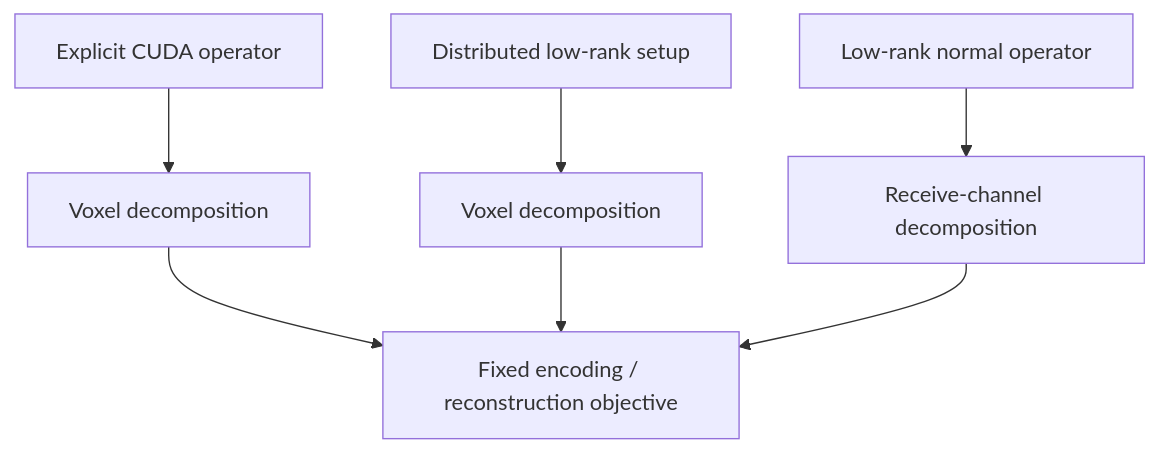
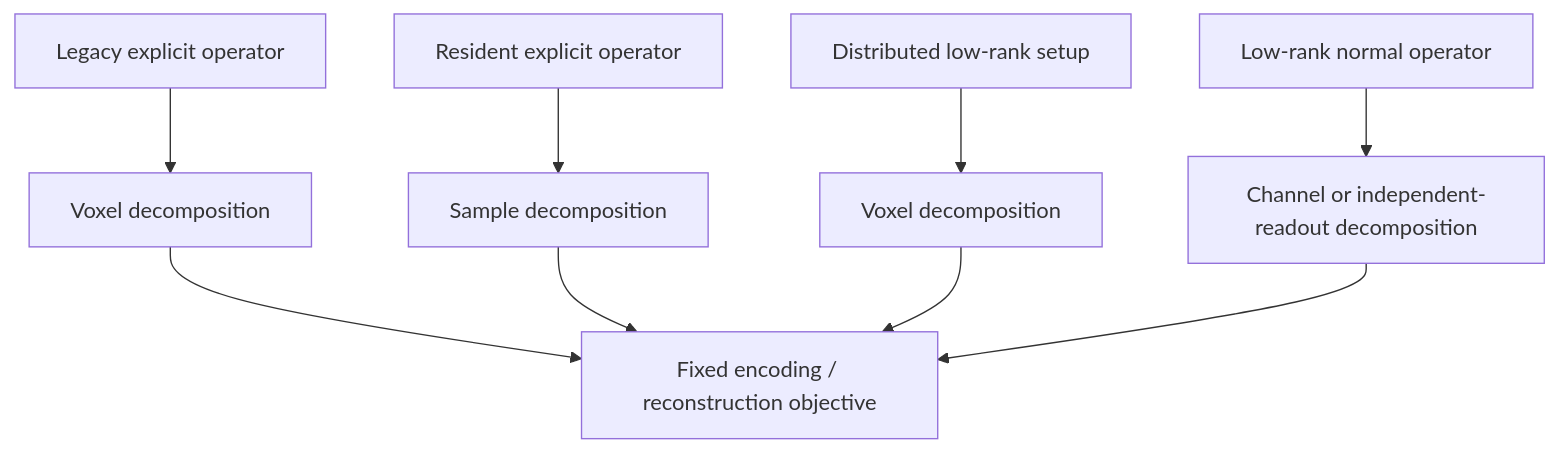
The second of 2 diagrams in docs/src/guide/performance.md (BennyZhang-Codes/HighOrderMRI.jl), drawn with Mermaid before and after one commit. The commit also changed other lines of this file and 15 other files, not shown here.

````diff
--- a/docs/src/guide/performance.md
+++ b/docs/src/guide/performance.md
@@ -24,10 +25,12 @@
 ```mermaid
 flowchart TB
-    A["Explicit CUDA operator"] --> A1["Voxel decomposition"]
+    A["Legacy explicit operator"] --> A1["Voxel decomposition"]
+    A2["Resident explicit operator"] --> A3["Sample decomposition"]
     B["Distributed low-rank setup"] --> B1["Voxel decomposition"]
-    C["Low-rank normal operator"] --> C1["Receive-channel decomposition"]
+    C["Low-rank normal operator"] --> C1["Channel or independent-readout decomposition"]
 
     A1 --> D["Fixed encoding / reconstruction objective"]
+    A3 --> D
     B1 --> D
     C1 --> D
 ```
````
